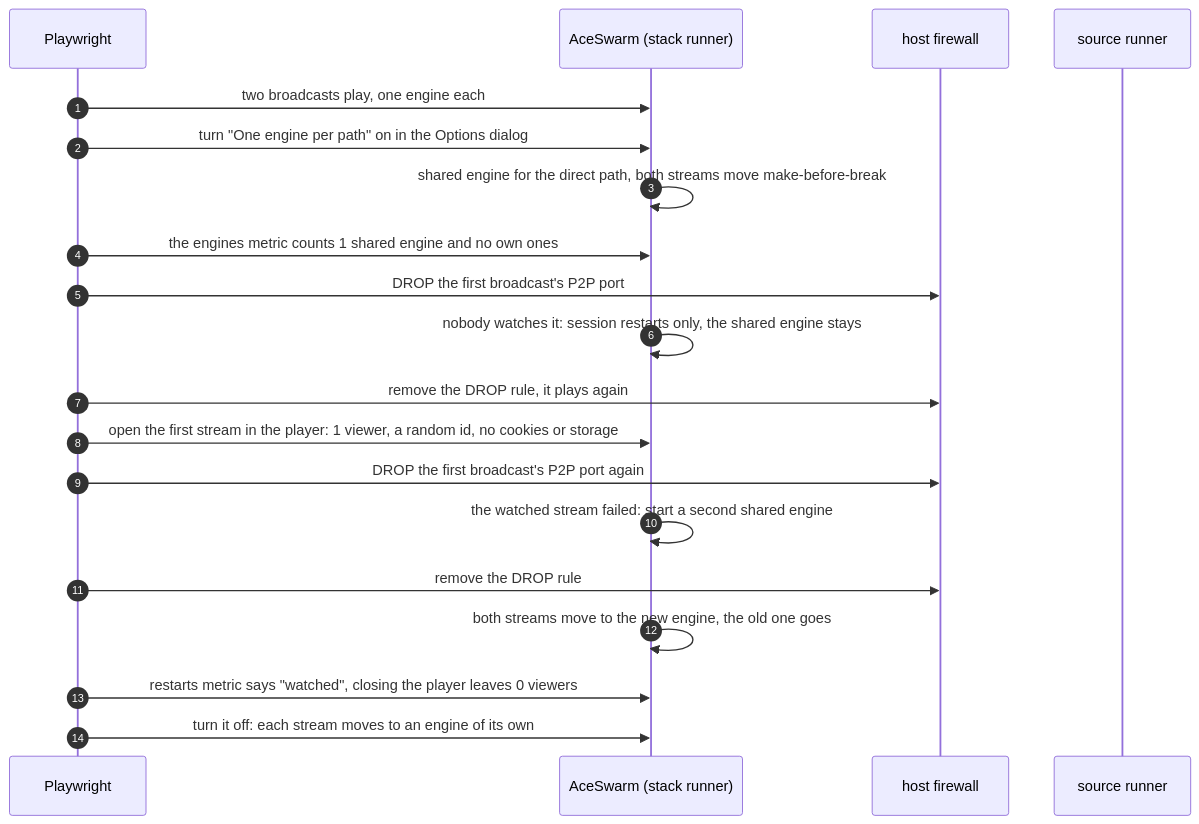
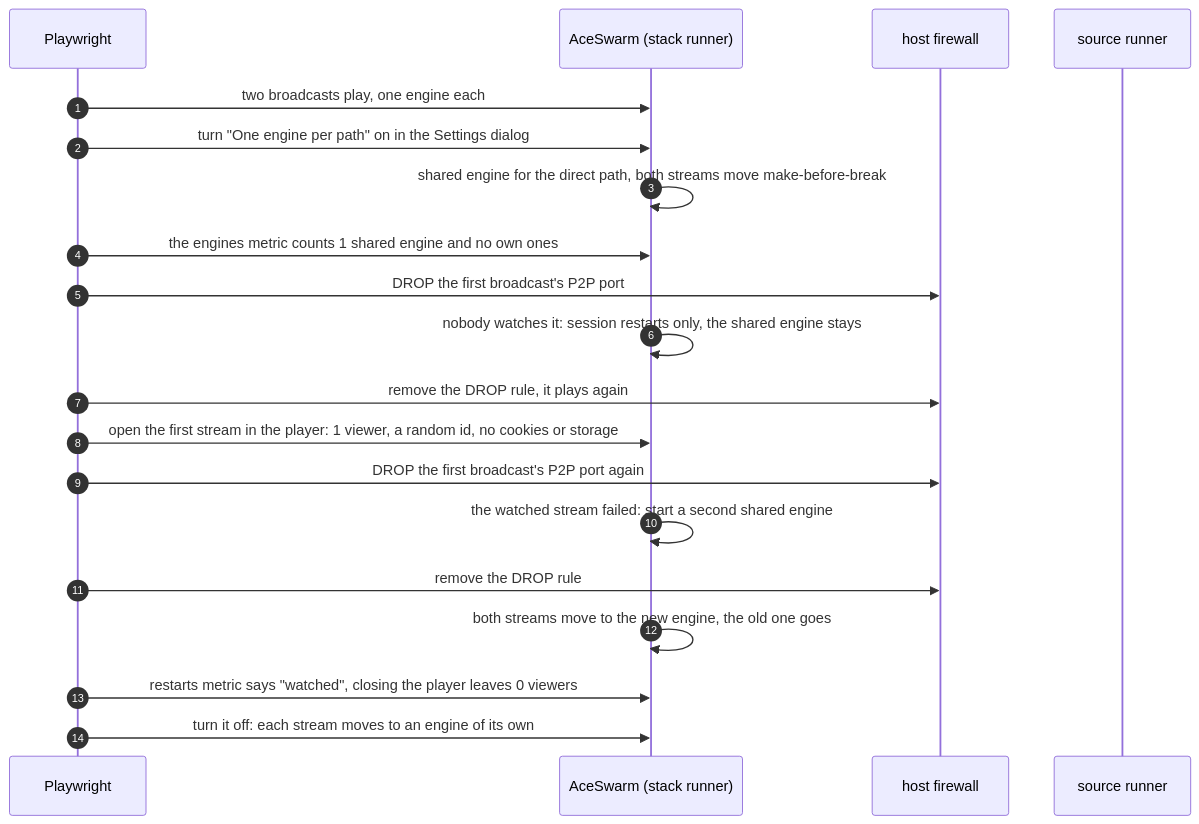
Diagram 12 of 14 in e2e/README.md (sergimn/AceSwarm), drawn with Mermaid before and after one commit. The commit also changed other lines of this file and 8 other files, not shown here.

First line of the commit message:
Name the rail button and its dialog Settings instead of Options

````diff
--- a/e2e/README.md
+++ b/e2e/README.md
@@ -330,22 +330,22 @@
 ```mermaid
 sequenceDiagram
   autonumber
   participant T as Playwright
   participant AS as AceSwarm (stack runner)
   participant FW as host firewall
   participant SRC as source runner
   T->>AS: two broadcasts play, one engine each
-  T->>AS: turn "One engine per path" on in the Options dialog
+  T->>AS: turn "One engine per path" on in the Settings dialog
   AS->>AS: shared engine for the direct path, both streams move make-before-break
   T->>AS: the engines metric counts 1 shared engine and no own ones
   T->>FW: DROP the first broadcast's P2P port
   AS->>AS: nobody watches it: session restarts only, the shared engine stays
   T->>FW: remove the DROP rule, it plays again
   T->>AS: open the first stream in the player: 1 viewer, a random id, no cookies or storage
   T->>FW: DROP the first broadcast's P2P port again
   AS->>AS: the watched stream failed: start a second shared engine
   T->>FW: remove the DROP rule
   AS->>AS: both streams move to the new engine, the old one goes
   T->>AS: restarts metric says "watched", closing the player leaves 0 viewers
   T->>AS: turn it off: each stream moves to an engine of its own
 ```
````
